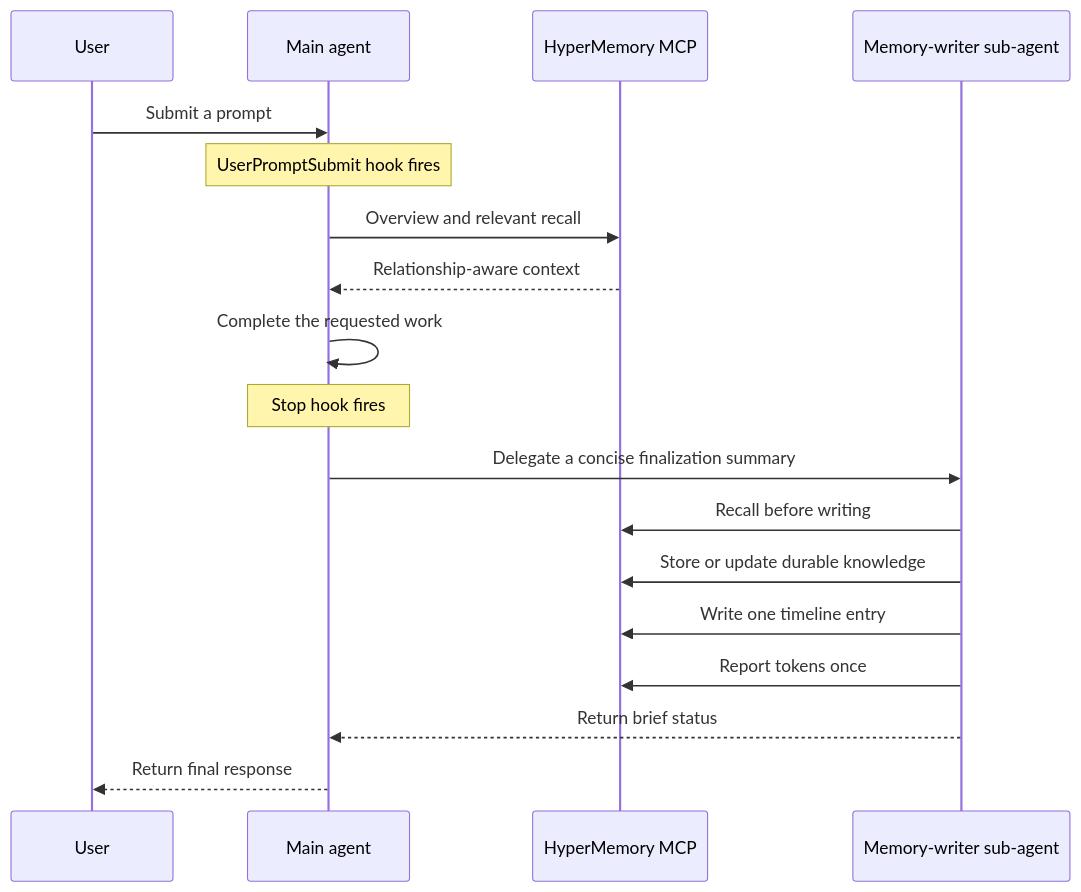
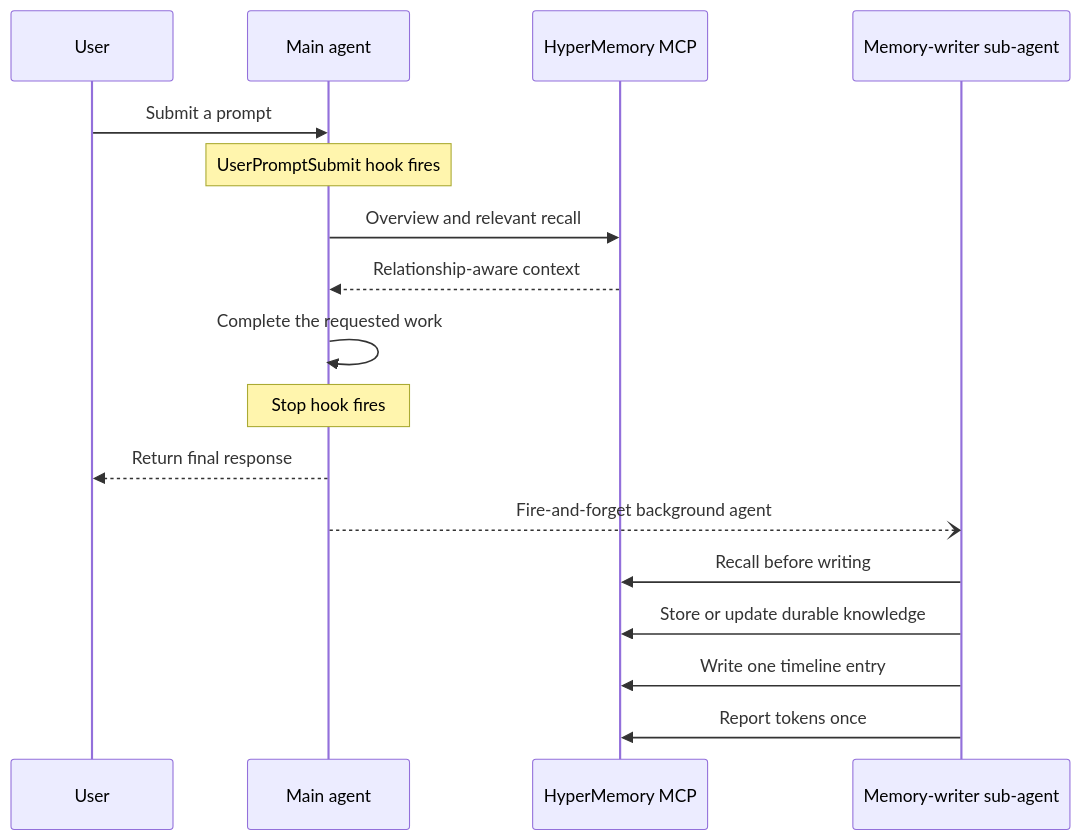
Before and after one commit to hypermemory-ai/hm-plugins-claude: the first of 2 diagrams in README.md, drawn with Mermaid. The commit also changed other lines of this file and 2 other files, not shown here.

````diff
--- a/README.md
+++ b/README.md
@@ -186,21 +186,20 @@
 ```mermaid
 sequenceDiagram
     participant U as User
     participant M as Main agent
     participant MCP as HyperMemory MCP
     participant W as Memory-writer sub-agent
 
     U->>M: Submit a prompt
     Note over M: UserPromptSubmit hook fires
     M->>MCP: Overview and relevant recall
     MCP-->>M: Relationship-aware context
     M->>M: Complete the requested work
     Note over M: Stop hook fires
-    M->>W: Delegate a concise finalization summary
+    M-->>U: Return final response
+    M--)W: Fire-and-forget background agent
     W->>MCP: Recall before writing
     W->>MCP: Store or update durable knowledge
     W->>MCP: Write one timeline entry
     W->>MCP: Report tokens once
-    W-->>M: Return brief status
-    M-->>U: Return final response
 ```
````
